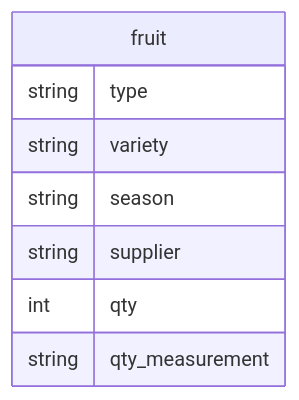
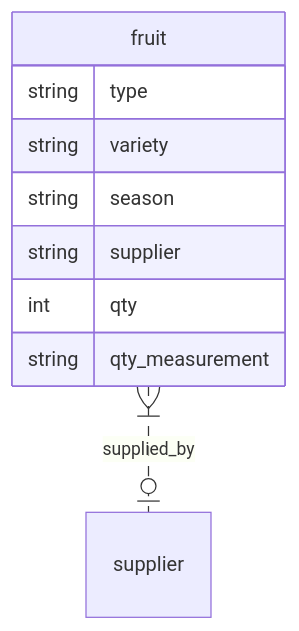
The diagram in 01_20_26/erd.mmd (CSCI210-FW/CSCI210-0AC-FW-202530-Demos), drawn with Mermaid before and after one commit. The commit also changed 1 other file, not shown here.

```diff
--- a/01_20_26/erd.mmd
+++ b/01_20_26/erd.mmd
@@ -1,11 +1,16 @@
+---
+config:
+    theme: mc
+---
 erDiagram
     
+    fruit }|..o| supplier : supplied_by
     fruit{
         string type
         string variety
         string season
         string supplier
         int qty
         string qty_measurement
-        
+
     }
```
